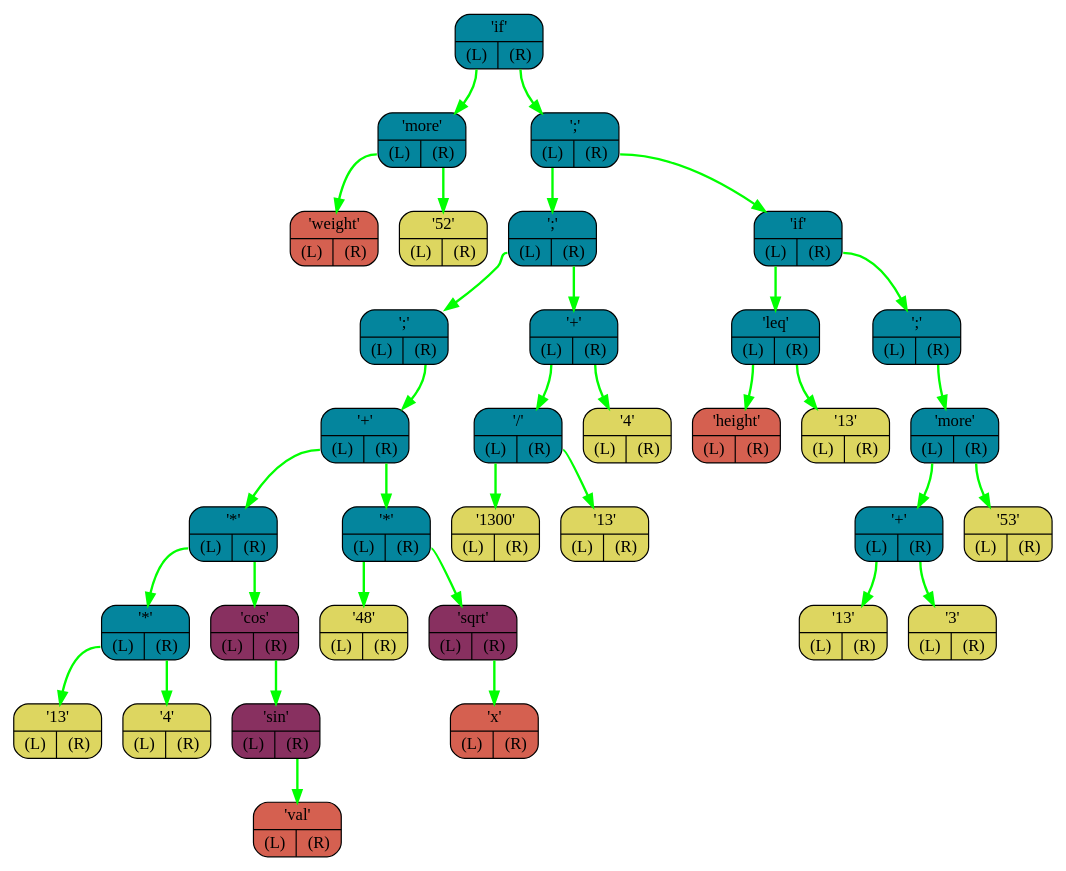
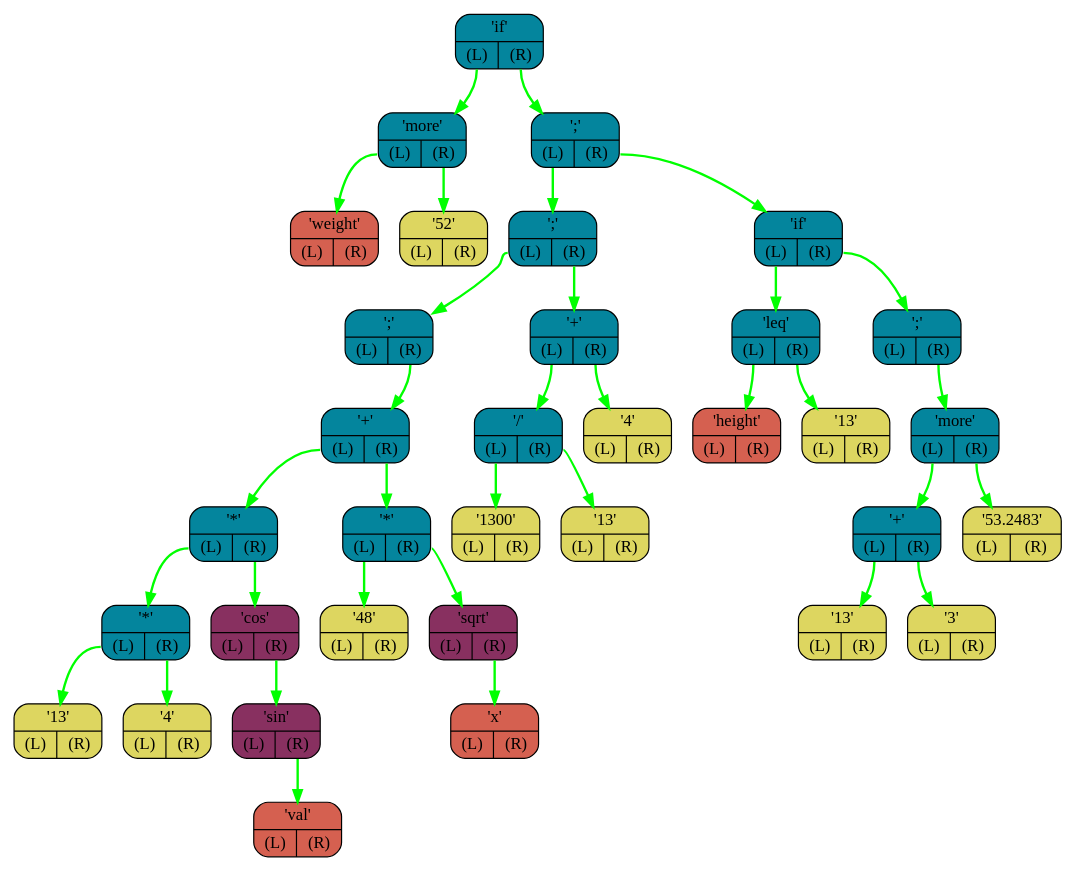
Before and after one commit to I1Va/OptimaLang: the diagram in FrontEnd/logs/graph.dot, drawn with Graphviz. The commit also changed 18 other files, not shown here.

```diff
--- a/FrontEnd/logs/graph.dot
+++ b/FrontEnd/logs/graph.dot
@@ -1,70 +1,70 @@
 digraph G{
     rankdir=TB;
-    NODE0x7fff559066a8[shape="Mrecord",color="black",fillcolor="#04859D",style="filled",label="{'if' | {<L> (L) | <R> (R)}}"]
-    NODE0x7fff559066d0[shape="Mrecord",color="black",fillcolor="#04859D",style="filled",label="{'more' | {<L> (L) | <R> (R)}}"]
-    NODE0x7fff559066f8[shape="Mrecord",color="black",fillcolor="#d56050",style="filled",label="{'weight' | {<L> (L) | <R> (R)}}"]
-    NODE0x7fff55906720[shape="Mrecord",color="black",fillcolor="#ddd660",style="filled",label="{'52' | {<L> (L) | <R> (R)}}"]
-    NODE0x7fff55906748[shape="Mrecord",color="black",fillcolor="#04859D",style="filled",label="{';' | {<L> (L) | <R> (R)}}"]
-    NODE0x7fff55906770[shape="Mrecord",color="black",fillcolor="#04859D",style="filled",label="{';' | {<L> (L) | <R> (R)}}"]
-    NODE0x7fff55906798[shape="Mrecord",color="black",fillcolor="#04859D",style="filled",label="{';' | {<L> (L) | <R> (R)}}"]
-    NODE0x7fff559067c0[shape="Mrecord",color="black",fillcolor="#04859D",style="filled",label="{'+' | {<L> (L) | <R> (R)}}"]
-    NODE0x7fff559067e8[shape="Mrecord",color="black",fillcolor="#04859D",style="filled",label="{'*' | {<L> (L) | <R> (R)}}"]
-    NODE0x7fff55906810[shape="Mrecord",color="black",fillcolor="#04859D",style="filled",label="{'*' | {<L> (L) | <R> (R)}}"]
-    NODE0x7fff55906838[shape="Mrecord",color="black",fillcolor="#ddd660",style="filled",label="{'13' | {<L> (L) | <R> (R)}}"]
-    NODE0x7fff55906860[shape="Mrecord",color="black",fillcolor="#ddd660",style="filled",label="{'4' | {<L> (L) | <R> (R)}}"]
-    NODE0x7fff55906888[shape="Mrecord",color="black",fillcolor="#883060",style="filled",label="{'cos' | {<L> (L) | <R> (R)}}"]
-    NODE0x7fff559068b0[shape="Mrecord",color="black",fillcolor="#883060",style="filled",label="{'sin' | {<L> (L) | <R> (R)}}"]
-    NODE0x7fff559068d8[shape="Mrecord",color="black",fillcolor="#d56050",style="filled",label="{'val' | {<L> (L) | <R> (R)}}"]
-    NODE0x7fff55906900[shape="Mrecord",color="black",fillcolor="#04859D",style="filled",label="{'*' | {<L> (L) | <R> (R)}}"]
-    NODE0x7fff55906928[shape="Mrecord",color="black",fillcolor="#ddd660",style="filled",label="{'48' | {<L> (L) | <R> (R)}}"]
-    NODE0x7fff55906950[shape="Mrecord",color="black",fillcolor="#883060",style="filled",label="{'sqrt' | {<L> (L) | <R> (R)}}"]
-    NODE0x7fff55906978[shape="Mrecord",color="black",fillcolor="#d56050",style="filled",label="{'x' | {<L> (L) | <R> (R)}}"]
-    NODE0x7fff559069a0[shape="Mrecord",color="black",fillcolor="#04859D",style="filled",label="{'+' | {<L> (L) | <R> (R)}}"]
-    NODE0x7fff559069c8[shape="Mrecord",color="black",fillcolor="#04859D",style="filled",label="{'/' | {<L> (L) | <R> (R)}}"]
-    NODE0x7fff559069f0[shape="Mrecord",color="black",fillcolor="#ddd660",style="filled",label="{'1300' | {<L> (L) | <R> (R)}}"]
-    NODE0x7fff55906a18[shape="Mrecord",color="black",fillcolor="#ddd660",style="filled",label="{'13' | {<L> (L) | <R> (R)}}"]
-    NODE0x7fff55906a40[shape="Mrecord",color="black",fillcolor="#ddd660",style="filled",label="{'4' | {<L> (L) | <R> (R)}}"]
-    NODE0x7fff55906a68[shape="Mrecord",color="black",fillcolor="#04859D",style="filled",label="{'if' | {<L> (L) | <R> (R)}}"]
-    NODE0x7fff55906a90[shape="Mrecord",color="black",fillcolor="#04859D",style="filled",label="{'leq' | {<L> (L) | <R> (R)}}"]
-    NODE0x7fff55906ab8[shape="Mrecord",color="black",fillcolor="#d56050",style="filled",label="{'height' | {<L> (L) | <R> (R)}}"]
-    NODE0x7fff55906ae0[shape="Mrecord",color="black",fillcolor="#ddd660",style="filled",label="{'13' | {<L> (L) | <R> (R)}}"]
-    NODE0x7fff55906b08[shape="Mrecord",color="black",fillcolor="#04859D",style="filled",label="{';' | {<L> (L) | <R> (R)}}"]
-    NODE0x7fff55906b30[shape="Mrecord",color="black",fillcolor="#04859D",style="filled",label="{'more' | {<L> (L) | <R> (R)}}"]
-    NODE0x7fff55906b58[shape="Mrecord",color="black",fillcolor="#04859D",style="filled",label="{'+' | {<L> (L) | <R> (R)}}"]
-    NODE0x7fff55906b80[shape="Mrecord",color="black",fillcolor="#ddd660",style="filled",label="{'13' | {<L> (L) | <R> (R)}}"]
-    NODE0x7fff55906ba8[shape="Mrecord",color="black",fillcolor="#ddd660",style="filled",label="{'3' | {<L> (L) | <R> (R)}}"]
-    NODE0x7fff55906bd0[shape="Mrecord",color="black",fillcolor="#ddd660",style="filled",label="{'53' | {<L> (L) | <R> (R)}}"]
-    NODE0x7fff559066d0:L-> NODE0x7fff559066f8 [color="#00FF00",penwidth=2,label=""]
-    NODE0x7fff559066d0:R-> NODE0x7fff55906720 [color="#00FF00",penwidth=2,label=""]
-    NODE0x7fff55906810:L-> NODE0x7fff55906838 [color="#00FF00",penwidth=2,label=""]
-    NODE0x7fff55906810:R-> NODE0x7fff55906860 [color="#00FF00",penwidth=2,label=""]
-    NODE0x7fff559068b0:R-> NODE0x7fff559068d8 [color="#00FF00",penwidth=2,label=""]
-    NODE0x7fff55906888:R-> NODE0x7fff559068b0 [color="#00FF00",penwidth=2,label=""]
-    NODE0x7fff559067e8:L-> NODE0x7fff55906810 [color="#00FF00",penwidth=2,label=""]
-    NODE0x7fff559067e8:R-> NODE0x7fff55906888 [color="#00FF00",penwidth=2,label=""]
-    NODE0x7fff55906950:R-> NODE0x7fff55906978 [color="#00FF00",penwidth=2,label=""]
-    NODE0x7fff55906900:L-> NODE0x7fff55906928 [color="#00FF00",penwidth=2,label=""]
-    NODE0x7fff55906900:R-> NODE0x7fff55906950 [color="#00FF00",penwidth=2,label=""]
-    NODE0x7fff559067c0:L-> NODE0x7fff559067e8 [color="#00FF00",penwidth=2,label=""]
-    NODE0x7fff559067c0:R-> NODE0x7fff55906900 [color="#00FF00",penwidth=2,label=""]
-    NODE0x7fff55906798:R-> NODE0x7fff559067c0 [color="#00FF00",penwidth=2,label=""]
-    NODE0x7fff559069c8:L-> NODE0x7fff559069f0 [color="#00FF00",penwidth=2,label=""]
-    NODE0x7fff559069c8:R-> NODE0x7fff55906a18 [color="#00FF00",penwidth=2,label=""]
-    NODE0x7fff559069a0:L-> NODE0x7fff559069c8 [color="#00FF00",penwidth=2,label=""]
-    NODE0x7fff559069a0:R-> NODE0x7fff55906a40 [color="#00FF00",penwidth=2,label=""]
-    NODE0x7fff55906770:L-> NODE0x7fff55906798 [color="#00FF00",penwidth=2,label=""]
-    NODE0x7fff55906770:R-> NODE0x7fff559069a0 [color="#00FF00",penwidth=2,label=""]
-    NODE0x7fff55906a90:L-> NODE0x7fff55906ab8 [color="#00FF00",penwidth=2,label=""]
-    NODE0x7fff55906a90:R-> NODE0x7fff55906ae0 [color="#00FF00",penwidth=2,label=""]
-    NODE0x7fff55906b58:L-> NODE0x7fff55906b80 [color="#00FF00",penwidth=2,label=""]
-    NODE0x7fff55906b58:R-> NODE0x7fff55906ba8 [color="#00FF00",penwidth=2,label=""]
-    NODE0x7fff55906b30:L-> NODE0x7fff55906b58 [color="#00FF00",penwidth=2,label=""]
-    NODE0x7fff55906b30:R-> NODE0x7fff55906bd0 [color="#00FF00",penwidth=2,label=""]
-    NODE0x7fff55906b08:R-> NODE0x7fff55906b30 [color="#00FF00",penwidth=2,label=""]
-    NODE0x7fff55906a68:L-> NODE0x7fff55906a90 [color="#00FF00",penwidth=2,label=""]
-    NODE0x7fff55906a68:R-> NODE0x7fff55906b08 [color="#00FF00",penwidth=2,label=""]
-    NODE0x7fff55906748:L-> NODE0x7fff55906770 [color="#00FF00",penwidth=2,label=""]
-    NODE0x7fff55906748:R-> NODE0x7fff55906a68 [color="#00FF00",penwidth=2,label=""]
-    NODE0x7fff559066a8:L-> NODE0x7fff559066d0 [color="#00FF00",penwidth=2,label=""]
-    NODE0x7fff559066a8:R-> NODE0x7fff55906748 [color="#00FF00",penwidth=2,label=""]
+    NODE0x7ffe50a6dc98[shape="Mrecord",color="black",fillcolor="#04859D",style="filled",label="{'if' | {<L> (L) | <R> (R)}}"]
+    NODE0x7ffe50a6dcc0[shape="Mrecord",color="black",fillcolor="#04859D",style="filled",label="{'more' | {<L> (L) | <R> (R)}}"]
+    NODE0x7ffe50a6dce8[shape="Mrecord",color="black",fillcolor="#d56050",style="filled",label="{'weight' | {<L> (L) | <R> (R)}}"]
+    NODE0x7ffe50a6dd10[shape="Mrecord",color="black",fillcolor="#ddd660",style="filled",label="{'52' | {<L> (L) | <R> (R)}}"]
+    NODE0x7ffe50a6dd38[shape="Mrecord",color="black",fillcolor="#04859D",style="filled",label="{';' | {<L> (L) | <R> (R)}}"]
+    NODE0x7ffe50a6dd60[shape="Mrecord",color="black",fillcolor="#04859D",style="filled",label="{';' | {<L> (L) | <R> (R)}}"]
+    NODE0x7ffe50a6dd88[shape="Mrecord",color="black",fillcolor="#04859D",style="filled",label="{';' | {<L> (L) | <R> (R)}}"]
+    NODE0x7ffe50a6ddb0[shape="Mrecord",color="black",fillcolor="#04859D",style="filled",label="{'+' | {<L> (L) | <R> (R)}}"]
+    NODE0x7ffe50a6ddd8[shape="Mrecord",color="black",fillcolor="#04859D",style="filled",label="{'*' | {<L> (L) | <R> (R)}}"]
+    NODE0x7ffe50a6de00[shape="Mrecord",color="black",fillcolor="#04859D",style="filled",label="{'*' | {<L> (L) | <R> (R)}}"]
+    NODE0x7ffe50a6de28[shape="Mrecord",color="black",fillcolor="#ddd660",style="filled",label="{'13' | {<L> (L) | <R> (R)}}"]
+    NODE0x7ffe50a6de50[shape="Mrecord",color="black",fillcolor="#ddd660",style="filled",label="{'4' | {<L> (L) | <R> (R)}}"]
+    NODE0x7ffe50a6de78[shape="Mrecord",color="black",fillcolor="#883060",style="filled",label="{'cos' | {<L> (L) | <R> (R)}}"]
+    NODE0x7ffe50a6dea0[shape="Mrecord",color="black",fillcolor="#883060",style="filled",label="{'sin' | {<L> (L) | <R> (R)}}"]
+    NODE0x7ffe50a6dec8[shape="Mrecord",color="black",fillcolor="#d56050",style="filled",label="{'val' | {<L> (L) | <R> (R)}}"]
+    NODE0x7ffe50a6def0[shape="Mrecord",color="black",fillcolor="#04859D",style="filled",label="{'*' | {<L> (L) | <R> (R)}}"]
+    NODE0x7ffe50a6df18[shape="Mrecord",color="black",fillcolor="#ddd660",style="filled",label="{'48' | {<L> (L) | <R> (R)}}"]
+    NODE0x7ffe50a6df40[shape="Mrecord",color="black",fillcolor="#883060",style="filled",label="{'sqrt' | {<L> (L) | <R> (R)}}"]
+    NODE0x7ffe50a6df68[shape="Mrecord",color="black",fillcolor="#d56050",style="filled",label="{'x' | {<L> (L) | <R> (R)}}"]
+    NODE0x7ffe50a6df90[shape="Mrecord",color="black",fillcolor="#04859D",style="filled",label="{'+' | {<L> (L) | <R> (R)}}"]
+    NODE0x7ffe50a6dfb8[shape="Mrecord",color="black",fillcolor="#04859D",style="filled",label="{'/' | {<L> (L) | <R> (R)}}"]
+    NODE0x7ffe50a6dfe0[shape="Mrecord",color="black",fillcolor="#ddd660",style="filled",label="{'1300' | {<L> (L) | <R> (R)}}"]
+    NODE0x7ffe50a6e008[shape="Mrecord",color="black",fillcolor="#ddd660",style="filled",label="{'13' | {<L> (L) | <R> (R)}}"]
+    NODE0x7ffe50a6e030[shape="Mrecord",color="black",fillcolor="#ddd660",style="filled",label="{'4' | {<L> (L) | <R> (R)}}"]
+    NODE0x7ffe50a6e058[shape="Mrecord",color="black",fillcolor="#04859D",style="filled",label="{'if' | {<L> (L) | <R> (R)}}"]
+    NODE0x7ffe50a6e080[shape="Mrecord",color="black",fillcolor="#04859D",style="filled",label="{'leq' | {<L> (L) | <R> (R)}}"]
+    NODE0x7ffe50a6e0a8[shape="Mrecord",color="black",fillcolor="#d56050",style="filled",label="{'height' | {<L> (L) | <R> (R)}}"]
+    NODE0x7ffe50a6e0d0[shape="Mrecord",color="black",fillcolor="#ddd660",style="filled",label="{'13' | {<L> (L) | <R> (R)}}"]
+    NODE0x7ffe50a6e0f8[shape="Mrecord",color="black",fillcolor="#04859D",style="filled",label="{';' | {<L> (L) | <R> (R)}}"]
+    NODE0x7ffe50a6e120[shape="Mrecord",color="black",fillcolor="#04859D",style="filled",label="{'more' | {<L> (L) | <R> (R)}}"]
+    NODE0x7ffe50a6e148[shape="Mrecord",color="black",fillcolor="#04859D",style="filled",label="{'+' | {<L> (L) | <R> (R)}}"]
+    NODE0x7ffe50a6e170[shape="Mrecord",color="black",fillcolor="#ddd660",style="filled",label="{'13' | {<L> (L) | <R> (R)}}"]
+    NODE0x7ffe50a6e198[shape="Mrecord",color="black",fillcolor="#ddd660",style="filled",label="{'3' | {<L> (L) | <R> (R)}}"]
+    NODE0x7ffe50a6e1c0[shape="Mrecord",color="black",fillcolor="#ddd660",style="filled",label="{'53.2483' | {<L> (L) | <R> (R)}}"]
+    NODE0x7ffe50a6dcc0:L-> NODE0x7ffe50a6dce8 [color="#00FF00",penwidth=2,label=""]
+    NODE0x7ffe50a6dcc0:R-> NODE0x7ffe50a6dd10 [color="#00FF00",penwidth=2,label=""]
+    NODE0x7ffe50a6de00:L-> NODE0x7ffe50a6de28 [color="#00FF00",penwidth=2,label=""]
+    NODE0x7ffe50a6de00:R-> NODE0x7ffe50a6de50 [color="#00FF00",penwidth=2,label=""]
+    NODE0x7ffe50a6dea0:R-> NODE0x7ffe50a6dec8 [color="#00FF00",penwidth=2,label=""]
+    NODE0x7ffe50a6de78:R-> NODE0x7ffe50a6dea0 [color="#00FF00",penwidth=2,label=""]
+    NODE0x7ffe50a6ddd8:L-> NODE0x7ffe50a6de00 [color="#00FF00",penwidth=2,label=""]
+    NODE0x7ffe50a6ddd8:R-> NODE0x7ffe50a6de78 [color="#00FF00",penwidth=2,label=""]
+    NODE0x7ffe50a6df40:R-> NODE0x7ffe50a6df68 [color="#00FF00",penwidth=2,label=""]
+    NODE0x7ffe50a6def0:L-> NODE0x7ffe50a6df18 [color="#00FF00",penwidth=2,label=""]
+    NODE0x7ffe50a6def0:R-> NODE0x7ffe50a6df40 [color="#00FF00",penwidth=2,label=""]
+    NODE0x7ffe50a6ddb0:L-> NODE0x7ffe50a6ddd8 [color="#00FF00",penwidth=2,label=""]
+    NODE0x7ffe50a6ddb0:R-> NODE0x7ffe50a6def0 [color="#00FF00",penwidth=2,label=""]
+    NODE0x7ffe50a6dd88:R-> NODE0x7ffe50a6ddb0 [color="#00FF00",penwidth=2,label=""]
+    NODE0x7ffe50a6dfb8:L-> NODE0x7ffe50a6dfe0 [color="#00FF00",penwidth=2,label=""]
+    NODE0x7ffe50a6dfb8:R-> NODE0x7ffe50a6e008 [color="#00FF00",penwidth=2,label=""]
+    NODE0x7ffe50a6df90:L-> NODE0x7ffe50a6dfb8 [color="#00FF00",penwidth=2,label=""]
+    NODE0x7ffe50a6df90:R-> NODE0x7ffe50a6e030 [color="#00FF00",penwidth=2,label=""]
+    NODE0x7ffe50a6dd60:L-> NODE0x7ffe50a6dd88 [color="#00FF00",penwidth=2,label=""]
+    NODE0x7ffe50a6dd60:R-> NODE0x7ffe50a6df90 [color="#00FF00",penwidth=2,label=""]
+    NODE0x7ffe50a6e080:L-> NODE0x7ffe50a6e0a8 [color="#00FF00",penwidth=2,label=""]
+    NODE0x7ffe50a6e080:R-> NODE0x7ffe50a6e0d0 [color="#00FF00",penwidth=2,label=""]
+    NODE0x7ffe50a6e148:L-> NODE0x7ffe50a6e170 [color="#00FF00",penwidth=2,label=""]
+    NODE0x7ffe50a6e148:R-> NODE0x7ffe50a6e198 [color="#00FF00",penwidth=2,label=""]
+    NODE0x7ffe50a6e120:L-> NODE0x7ffe50a6e148 [color="#00FF00",penwidth=2,label=""]
+    NODE0x7ffe50a6e120:R-> NODE0x7ffe50a6e1c0 [color="#00FF00",penwidth=2,label=""]
+    NODE0x7ffe50a6e0f8:R-> NODE0x7ffe50a6e120 [color="#00FF00",penwidth=2,label=""]
+    NODE0x7ffe50a6e058:L-> NODE0x7ffe50a6e080 [color="#00FF00",penwidth=2,label=""]
+    NODE0x7ffe50a6e058:R-> NODE0x7ffe50a6e0f8 [color="#00FF00",penwidth=2,label=""]
+    NODE0x7ffe50a6dd38:L-> NODE0x7ffe50a6dd60 [color="#00FF00",penwidth=2,label=""]
+    NODE0x7ffe50a6dd38:R-> NODE0x7ffe50a6e058 [color="#00FF00",penwidth=2,label=""]
+    NODE0x7ffe50a6dc98:L-> NODE0x7ffe50a6dcc0 [color="#00FF00",penwidth=2,label=""]
+    NODE0x7ffe50a6dc98:R-> NODE0x7ffe50a6dd38 [color="#00FF00",penwidth=2,label=""]
 }
```
